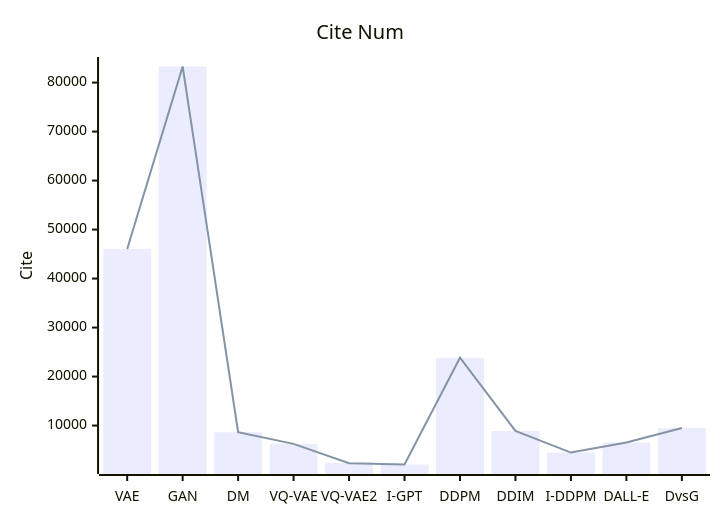
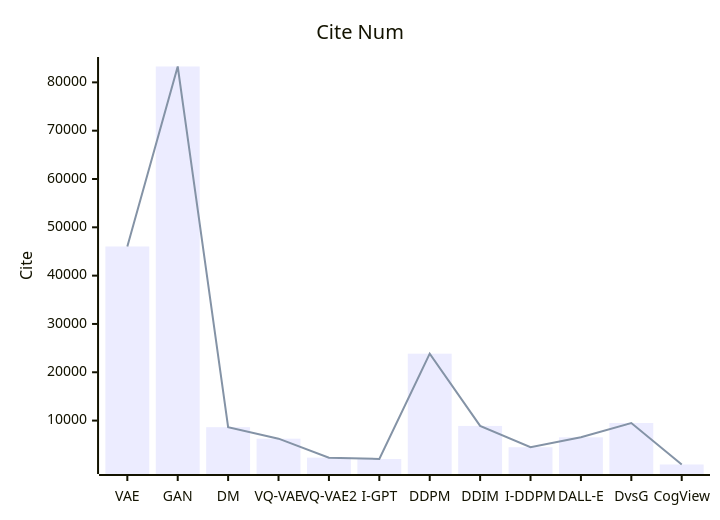
Before and after one commit to Elephant-King9/Paper: the fifth of 5 diagrams in Base_Model/GAN+VAE+Diffusion/analyse.md, drawn with Mermaid. The commit also changed other lines of this file and 3 other files, not shown here.

Commit message:
update_CogView: Mastering Text-to-Image Generation via Transformers

````diff
--- a/Base_Model/GAN+VAE+Diffusion/analyse.md
+++ b/Base_Model/GAN+VAE+Diffusion/analyse.md
@@ -124,8 +129,8 @@
 ```mermaid
     xychart-beta
     title "Cite Num"
-    x-axis [VAE,GAN,DM,VQ-VAE,VQ-VAE2,I-GPT,DDPM,DDIM,I-DDPM,DALL-E,D vs G]
+    x-axis [VAE,GAN,DM,VQ-VAE,VQ-VAE2,I-GPT,DDPM,DDIM,I-DDPM,DALL-E,D vs G, CogView]
     y-axis "Cite" 
-    bar [46034, 83283, 8634,6258, 2329, 2050, 23847, 8896,4481,6536, 9492]
-    line [46034, 83283, 8634,6258, 2329, 2050, 23847, 8896,4481,6536, 9492]
+    bar [46034, 83283, 8634,6258, 2329, 2050, 23847, 8896,4481,6536, 9492, 911]
+    line [46034, 83283, 8634,6258, 2329, 2050, 23847, 8896,4481,6536, 9492, 911]
 ```
````
